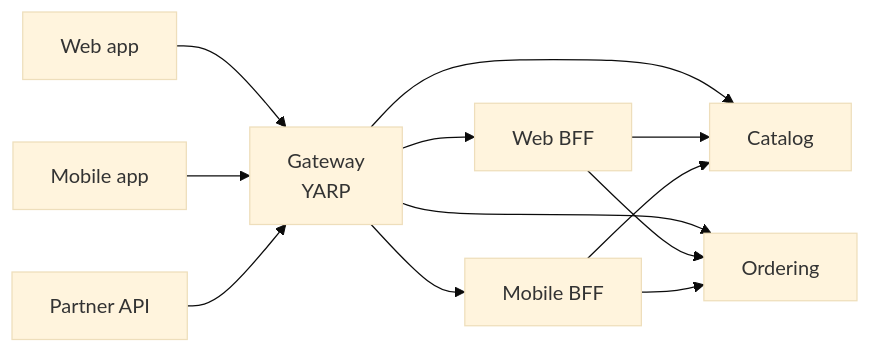
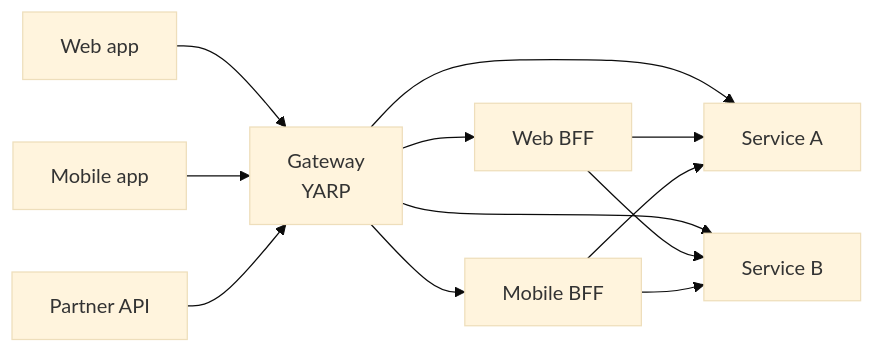
The diagram in docs/backend-architecture/10-api-gateway.md (alexander-shamray/blueprint-backend), drawn with Mermaid (base theme) before and after one commit. The commit also changed other lines of this file and 2 other files, not shown here.

First line of the commit message:
docs: sections 10 and 11 name a reference service only as evidence, the rest moves to Appendix E.6

````diff
--- a/docs/backend-architecture/10-api-gateway.md
+++ b/docs/backend-architecture/10-api-gateway.md
@@ -76,16 +76,16 @@
 ```mermaid
 graph LR
     Web[Web app] --> GW[Gateway<br/>YARP]
     Mob[Mobile app] --> GW
     Ext[Partner API] --> GW
 
     GW --> BFFW[Web BFF]
     GW --> BFFM[Mobile BFF]
-    GW --> CAT[Catalog]
-    GW --> ORD[Ordering]
+    GW --> SA[Service A]
+    GW --> SB[Service B]
 
-    BFFW --> CAT
-    BFFW --> ORD
-    BFFM --> CAT
-    BFFM --> ORD
+    BFFW --> SA
+    BFFW --> SB
+    BFFM --> SA
+    BFFM --> SB
 ```
````
